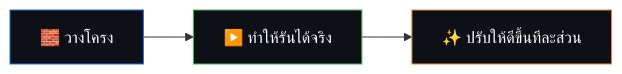
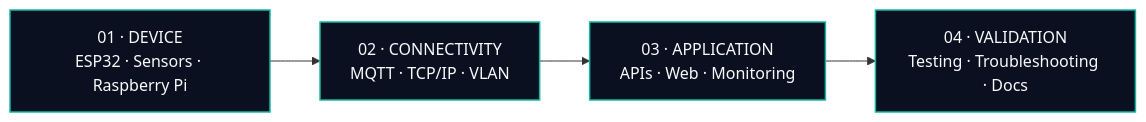
One commit to poundkung11/poundkung11 changed the diagram in README.md. Above: the diagram before and after it, drawn with Mermaid. The commit also changed other lines of this file, not shown here.

````diff
--- a/README.md
+++ b/README.md
@@ -100,7 +19,6 @@
 ```mermaid
 flowchart LR
-    A["🧱 วางโครง"] --> B["▶️ ทำให้รันได้จริง"] --> C["✨ ปรับให้ดีขึ้นทีละส่วน"]
-    style A fill:#0D1117,stroke:#1F6FEB,color:#fff
-    style B fill:#0D1117,stroke:#3FB950,color:#fff
-    style C fill:#0D1117,stroke:#F0883E,color:#fff
+    A["01 · DEVICE<br/>ESP32 · Sensors · Raspberry Pi"] --> B["02 · CONNECTIVITY<br/>MQTT · TCP/IP · VLAN"] --> C["03 · APPLICATION<br/>APIs · Web · Monitoring"] --> D["04 · VALIDATION<br/>Testing · Troubleshooting · Docs"]
+    classDef node fill:#0B1020,stroke:#14B8A6,color:#F8FAFC,stroke-width:1.5px;
+    class A,B,C,D node;
 ```
````
